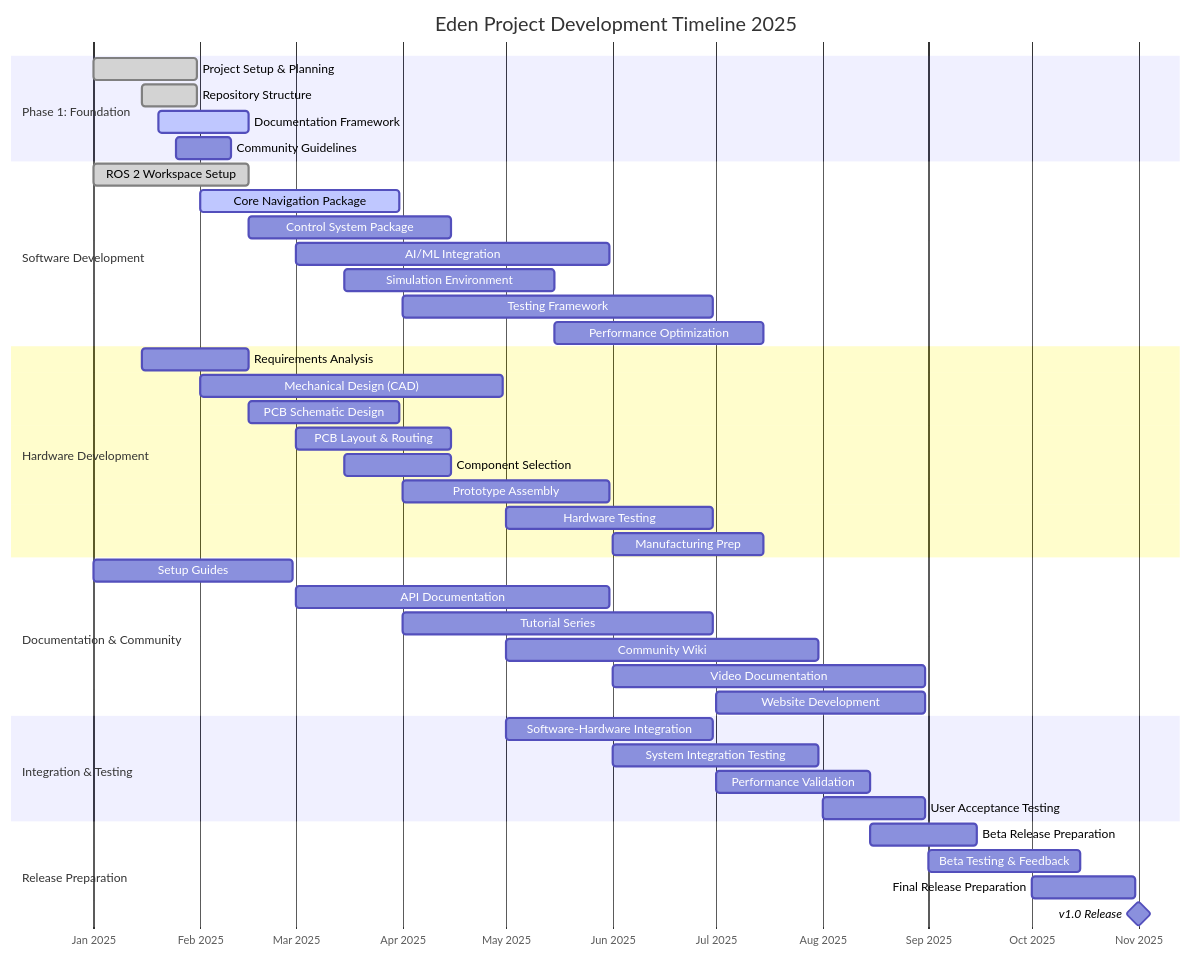
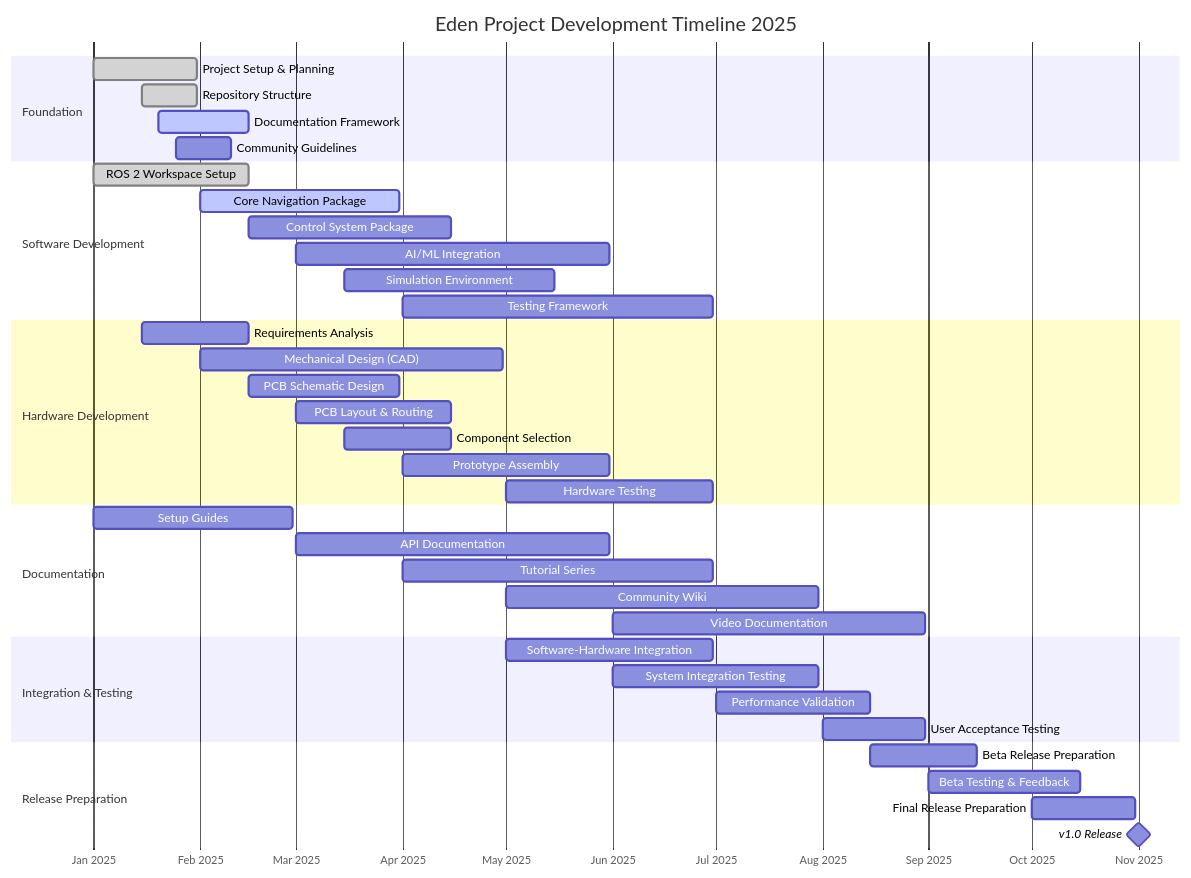
One commit to EDEN-robotics/eden-hq changed the diagram in ROADMAP.md. Above: the diagram before and after it, drawn with Mermaid. The commit also changed other lines of this file and 5 other files, not shown here.

````diff
--- a/ROADMAP.md
+++ b/ROADMAP.md
@@ -7,51 +7,48 @@
 ```mermaid
 gantt
     title Eden Project Development Timeline 2025
     dateFormat  YYYY-MM-DD
     axisFormat  %b %Y
     
-    section Phase 1: Foundation
+    section Foundation
     Project Setup & Planning     :done, setup, 2025-01-01, 2025-01-31
     Repository Structure         :done, repos, 2025-01-15, 2025-01-31
     Documentation Framework      :active, docs-fw, 2025-01-20, 2025-02-15
     Community Guidelines         :guidelines, 2025-01-25, 2025-02-10
     
     section Software Development
     ROS 2 Workspace Setup       :done, ros2-ws, 2025-01-01, 2025-02-15
     Core Navigation Package     :active, nav-pkg, 2025-02-01, 2025-03-31
     Control System Package      :control, 2025-02-15, 2025-04-15
     AI/ML Integration          :ai-ml, 2025-03-01, 2025-05-31
     Simulation Environment     :sim-env, 2025-03-15, 2025-05-15
     Testing Framework          :test-fw, 2025-04-01, 2025-06-30
-    Performance Optimization   :perf, 2025-05-15, 2025-07-15
     
     section Hardware Development
     Requirements Analysis      :hw-req, 2025-01-15, 2025-02-15
     Mechanical Design (CAD)    :cad-design, 2025-02-01, 2025-04-30
     PCB Schematic Design       :pcb-sch, 2025-02-15, 2025-03-31
     PCB Layout & Routing       :pcb-layout, 2025-03-01, 2025-04-15
     Component Selection        :components, 2025-03-15, 2025-04-15
     Prototype Assembly         :proto-assy, 2025-04-01, 2025-05-31
     Hardware Testing           :hw-test, 2025-05-01, 2025-06-30
-    Manufacturing Prep         :mfg-prep, 2025-06-01, 2025-07-15
     
-    section Documentation & Community
+    section Documentation
     Setup Guides              :setup-guides, 2025-01-01, 2025-02-28
     API Documentation         :api-docs, 2025-03-01, 2025-05-31
     Tutorial Series           :tutorials, 2025-04-01, 2025-06-30
     Community Wiki            :wiki, 2025-05-01, 2025-07-31
     Video Documentation       :videos, 2025-06-01, 2025-08-31
-    Website Development       :website, 2025-07-01, 2025-08-31
     
     section Integration & Testing
     Software-Hardware Integration :sw-hw-int, 2025-05-01, 2025-06-30
     System Integration Testing    :sys-test, 2025-06-01, 2025-07-31
     Performance Validation        :perf-val, 2025-07-01, 2025-08-15
     User Acceptance Testing       :uat, 2025-08-01, 2025-08-31
     
     section Release Preparation
     Beta Release Preparation  :beta-prep, 2025-08-15, 2025-09-15
     Beta Testing & Feedback   :beta-test, 2025-09-01, 2025-10-15
     Final Release Preparation :final-prep, 2025-10-01, 2025-10-31
     v1.0 Release              :milestone, v1-release, 2025-11-01, 2025-11-01
 ```
````
